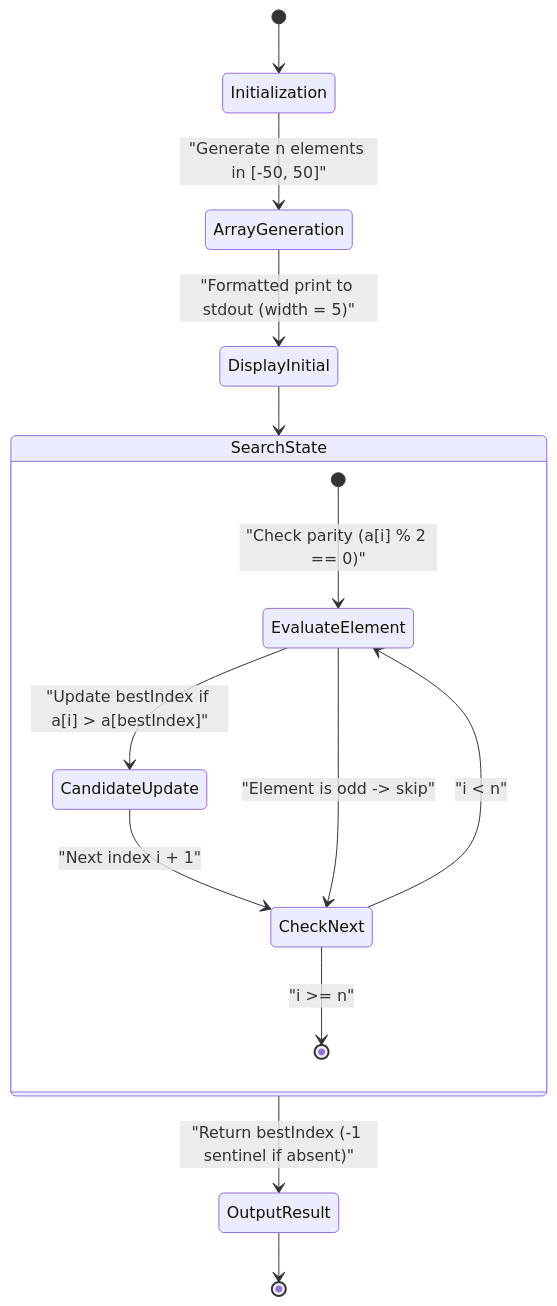
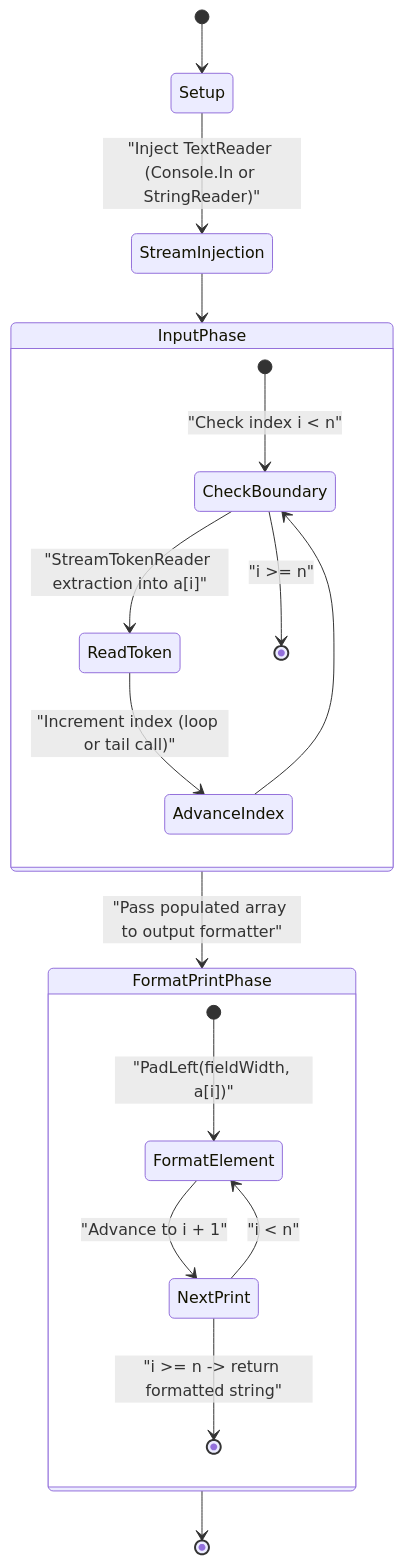
The second of 3 diagrams in Lb6/README.md (lviv-polytech/alg-cs-labs), drawn with Mermaid before and after one commit. The commit also changed other lines of this file and 4 other files, not shown here.

Commit message:
feat(lab-06): implement task 6.3 array input and format printing via ordinary and generic methods

````diff
--- a/Lb6/README.md
+++ b/Lb6/README.md
@@ -63,19 +78,25 @@
 ```mermaid
 stateDiagram-v2
-    [*] --> Initialization
-    Initialization --> ArrayGeneration: "Generate n elements in [-50, 50]"
-    ArrayGeneration --> DisplayInitial: "Formatted print to stdout (width = 5)"
-    DisplayInitial --> SearchState
+    [*] --> Setup
+    Setup --> StreamInjection: "Inject TextReader (Console.In or StringReader)"
+    StreamInjection --> InputPhase
     
-    state SearchState {
-        [*] --> EvaluateElement: "Check parity (a[i] % 2 == 0)"
-        EvaluateElement --> CandidateUpdate: "Update bestIndex if a[i] > a[bestIndex]"
-        CandidateUpdate --> CheckNext: "Next index i + 1"
-        EvaluateElement --> CheckNext: "Element is odd -> skip"
-        CheckNext --> EvaluateElement: "i < n"
-        CheckNext --> [*]: "i >= n"
+    state InputPhase {
+        [*] --> CheckBoundary: "Check index i < n"
+        CheckBoundary --> ReadToken: "StreamTokenReader extraction into a[i]"
+        ReadToken --> AdvanceIndex: "Increment index (loop or tail call)"
+        AdvanceIndex --> CheckBoundary
+        CheckBoundary --> [*]: "i >= n"
     }
     
-    SearchState --> OutputResult: "Return bestIndex (-1 sentinel if absent)"
-    OutputResult --> [*]
+    InputPhase --> FormatPrintPhase: "Pass populated array to output formatter"
+    
+    state FormatPrintPhase {
+        [*] --> FormatElement: "PadLeft(fieldWidth, a[i])"
+        FormatElement --> NextPrint: "Advance to i + 1"
+        NextPrint --> FormatElement: "i < n"
+        NextPrint --> [*]: "i >= n -> return formatted string"
+    }
+    
+    FormatPrintPhase --> [*]
 ```
````
